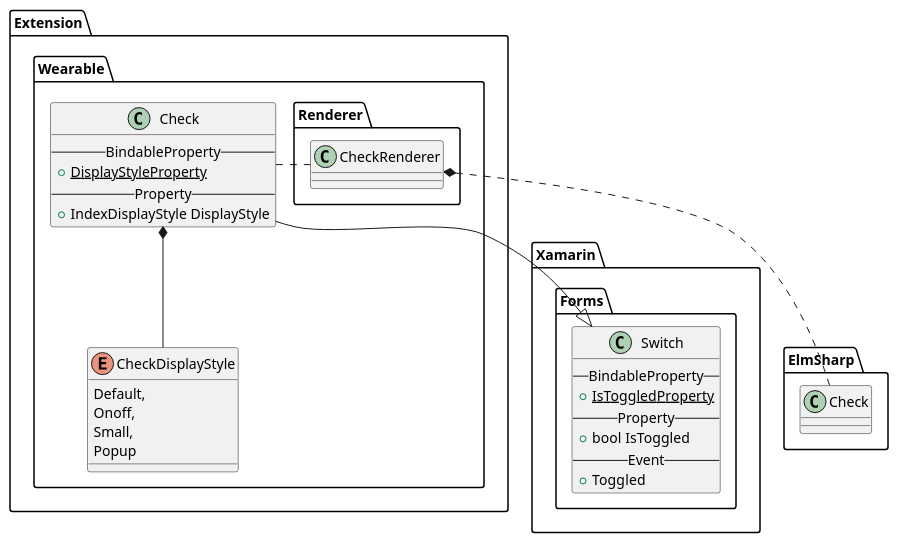
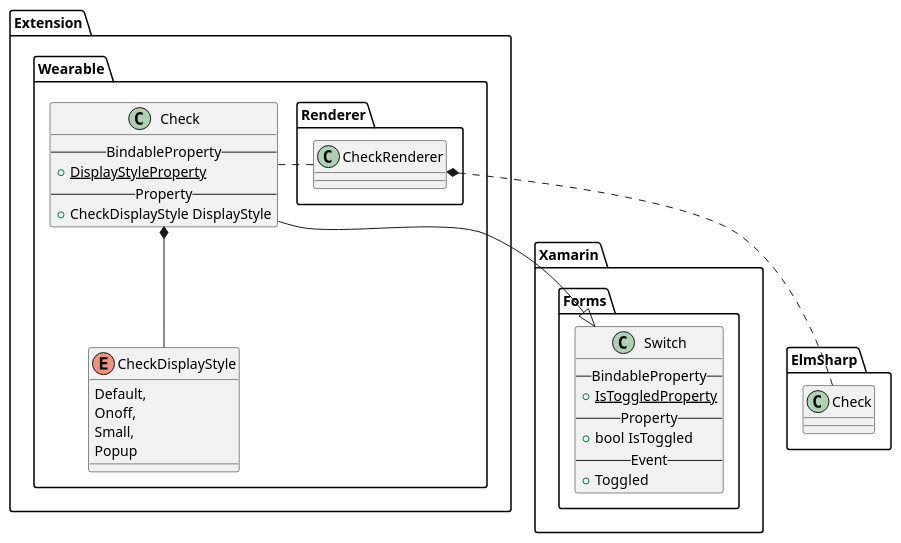
One commit to Samsung/Tizen.CircularUI changed the third of 3 diagrams in doc/design/uml/Etc.wsd. Above: the diagram before and after it, drawn with PlantUML. The commit also changed other lines of this file and 10 other files, not shown here.

```diff
--- a/doc/design/uml/Etc.wsd
+++ b/doc/design/uml/Etc.wsd
@@ -93,45 +86,45 @@
 @startuml Check.png
 
 package "Xamarin.Forms" {
     class Switch{
         --BindableProperty--
         {static} +IsToggledProperty
         --Property--
         +bool IsToggled
         --Event--
         +Toggled
     }
 }
 
 package "Extension.Wearable" {
    class Check {
         --BindableProperty--
         {static} +DisplayStyleProperty
         --Property--
-        +IndexDisplayStyle DisplayStyle
+        +CheckDisplayStyle DisplayStyle
     }
 
     enum CheckDisplayStyle {
       Default,
       Onoff,
       Small,
       Popup
     }
 
     Check *-d- CheckDisplayStyle
     Check --|> Switch
 }
 
 
 
 package "Extension.Wearable.Renderer" { 
     class CheckRenderer
     CheckRenderer .l. Check
 }
 
 package "ElmSharp" {
     class Check
 }
 
 CheckRenderer *.. ElmSharp.Check
 @enduml
```
